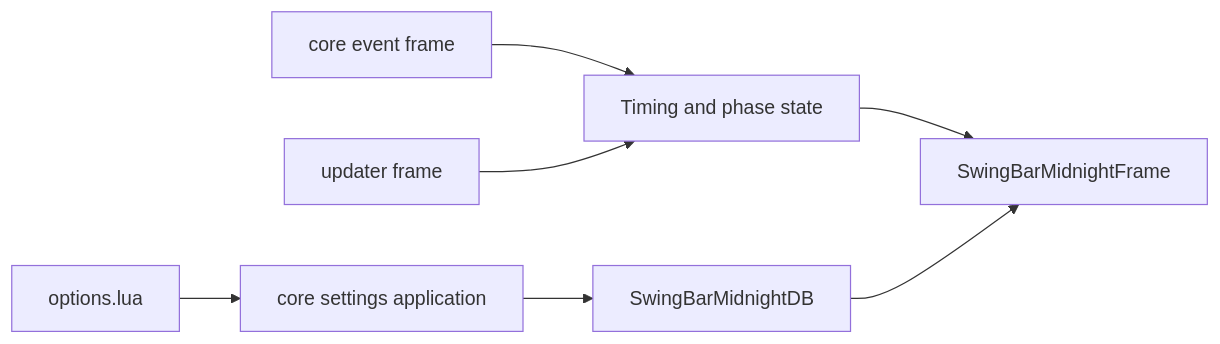
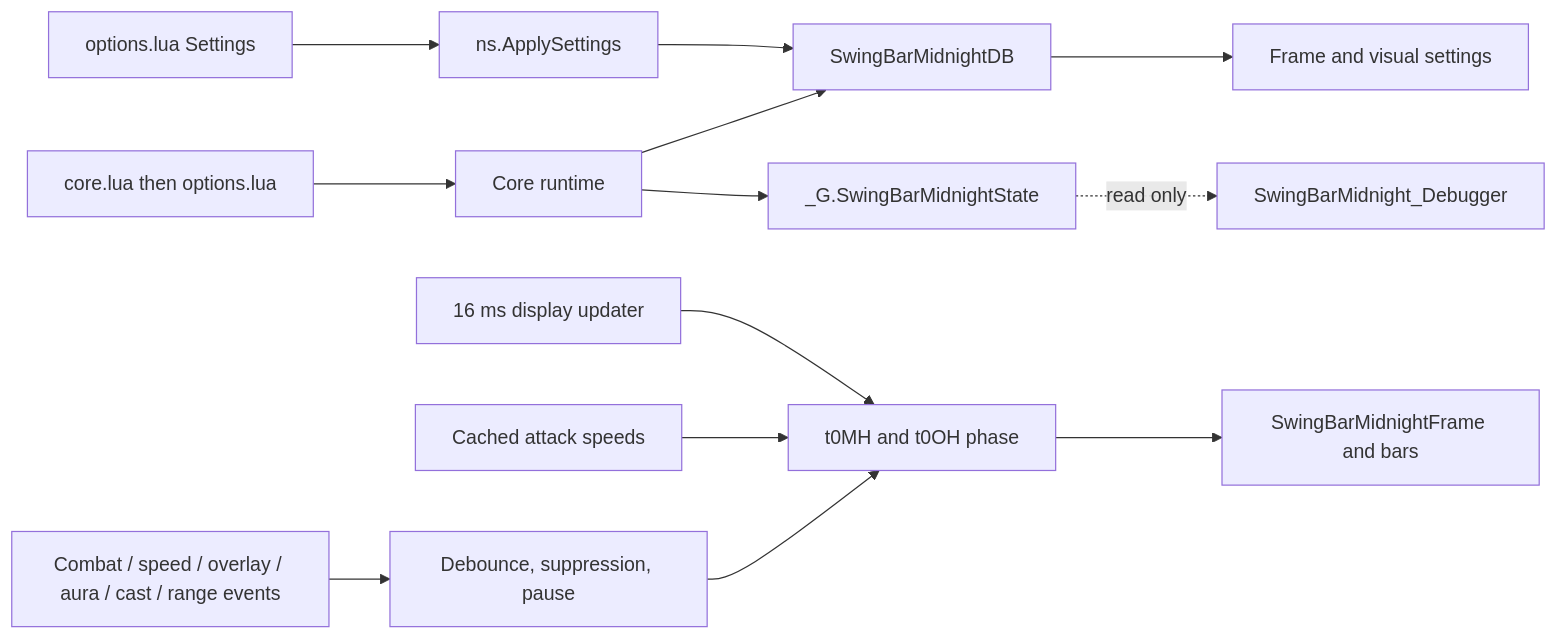
One commit to UnknownAlienHuman/swing-bar-midnight changed the diagram in CODE_GRAPH.md. Above: the diagram before and after it, drawn with Mermaid. The commit also changed 3 other files, not shown here.

Commit message:
Publish SwingBarMidnight from WoWDevAddons e27683052380

````diff
--- a/CODE_GRAPH.md
+++ b/CODE_GRAPH.md
@@ -3,9 +3,15 @@
 ```mermaid
 flowchart LR
-  Events[core event frame] --> Timing[Timing and phase state]
-  Timing --> Frame[SwingBarMidnightFrame]
-  Updater[updater frame] --> Timing
-  Options[options.lua] --> Apply[core settings application]
-  Apply --> DB[SwingBarMidnightDB]
-  DB --> Frame
+  TOC[core.lua then options.lua] --> Core[Core runtime]
+  Core --> DB[SwingBarMidnightDB]
+  DB --> Layout[Frame and visual settings]
+  Events[Combat / speed / overlay / aura / cast / range events] --> Gate[Debounce, suppression, pause]
+  Gate --> Phase[t0MH and t0OH phase]
+  Speed[Cached attack speeds] --> Phase
+  Updater[16 ms display updater] --> Phase
+  Phase --> Frame[SwingBarMidnightFrame and bars]
+  Options[options.lua Settings] --> Apply[ns.ApplySettings]
+  Apply --> DB
+  Core --> State[_G.SwingBarMidnightState]
+  State -. read only .-> Debugger[SwingBarMidnight_Debugger]
 ```
````
